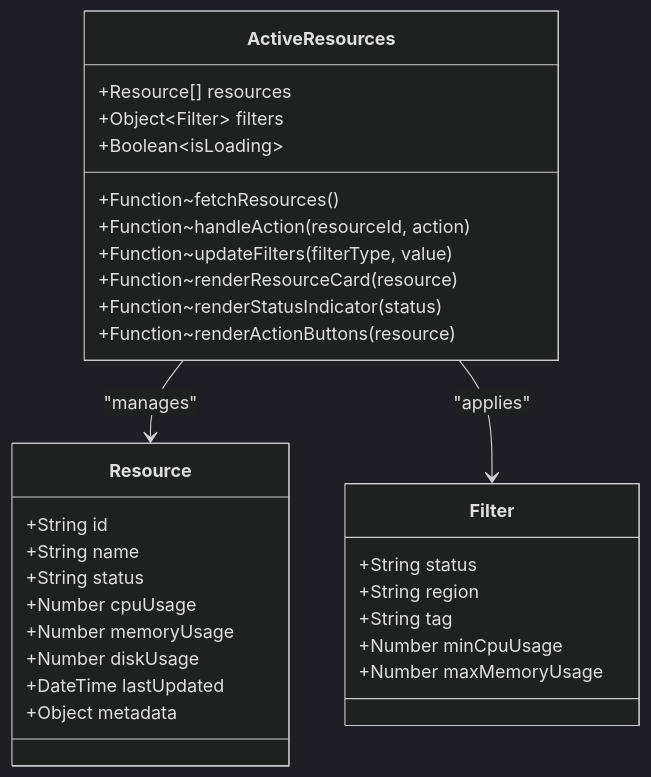
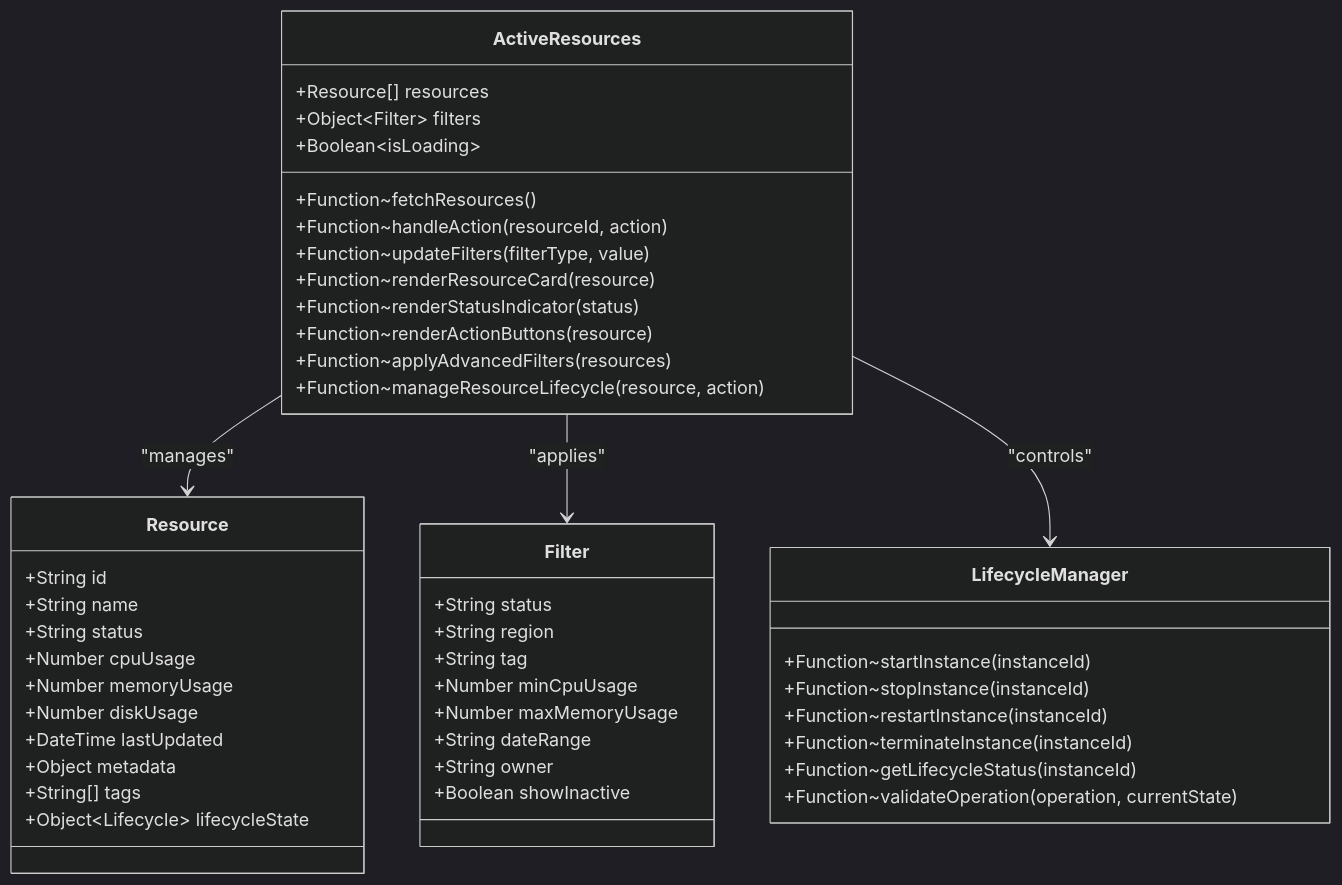
One commit to 14Lucifer/hackathon_ecs_creator changed the third of 6 diagrams in .qoder/repowiki/en/content/Frontend Development/Page Components & Routing/Active Resource Monitoring.md. Above: the diagram before and after it, drawn with Mermaid (dark theme). The commit also changed other lines of this file and 120 other files, not shown here.

````diff
--- a/.qoder/repowiki/en/content/Frontend Development/Page Components & Routing/Active Resource Monitoring.md
+++ b/.qoder/repowiki/en/content/Frontend Development/Page Components & Routing/Active Resource Monitoring.md
@@ -160,33 +188,49 @@
 ```mermaid
 classDiagram
 class ActiveResources {
 +Resource[] resources
 +Object~Filter~ filters
 +Boolean~isLoading~
 +Function~fetchResources()
 +Function~handleAction(resourceId, action)
 +Function~updateFilters(filterType, value)
 +Function~renderResourceCard(resource)
 +Function~renderStatusIndicator(status)
 +Function~renderActionButtons(resource)
++Function~applyAdvancedFilters(resources)
++Function~manageResourceLifecycle(resource, action)
 }
 class Resource {
 +String id
 +String name
 +String status
 +Number cpuUsage
 +Number memoryUsage
 +Number diskUsage
 +DateTime lastUpdated
 +Object metadata
++String[] tags
++Object~Lifecycle~ lifecycleState
 }
 class Filter {
 +String status
 +String region
 +String tag
 +Number minCpuUsage
 +Number maxMemoryUsage
++String dateRange
++String owner
++Boolean showInactive
+}
+class LifecycleManager {
++Function~startInstance(instanceId)
++Function~stopInstance(instanceId)
++Function~restartInstance(instanceId)
++Function~terminateInstance(instanceId)
++Function~getLifecycleStatus(instanceId)
++Function~validateOperation(operation, currentState)
 }
 ActiveResources --> Resource : "manages"
 ActiveResources --> Filter : "applies"
+ActiveResources --> LifecycleManager : "controls"
 ```
````
